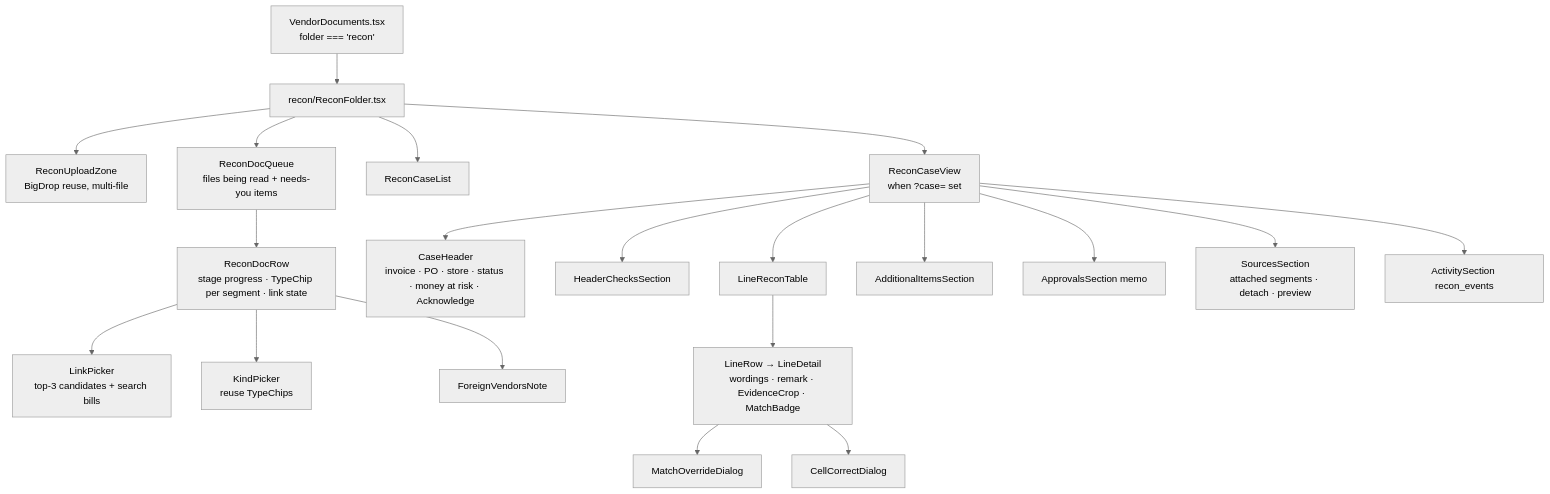
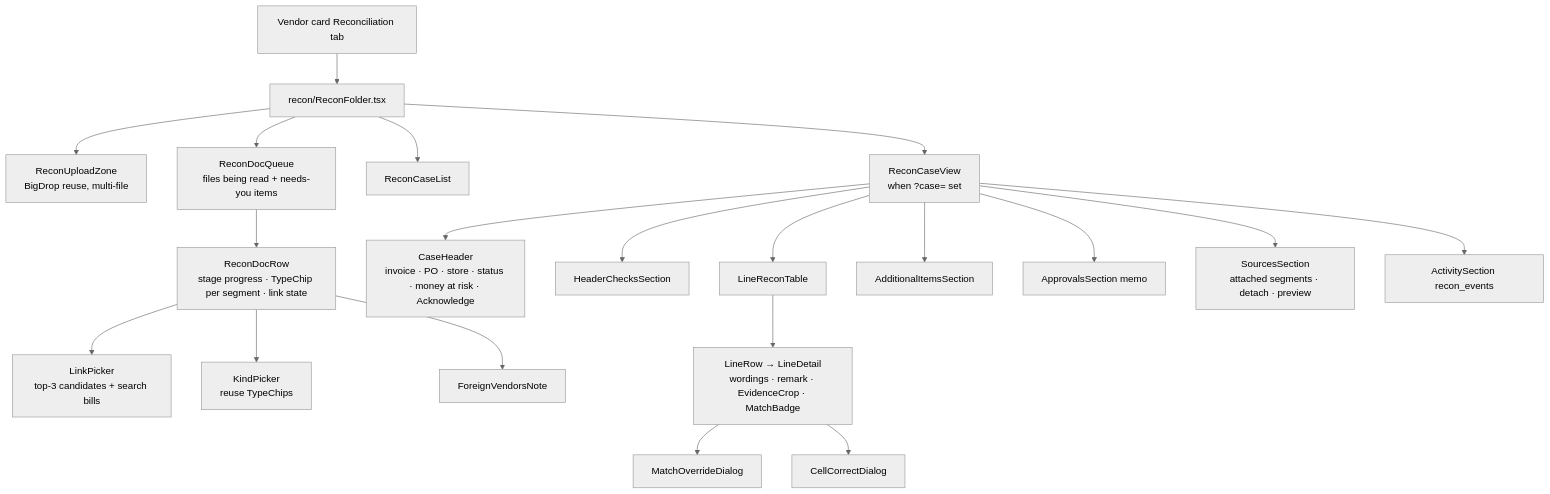
The diagram in docs/bata-recon/04_LLD_FRONTEND.md (r-rishit27/equal_hackathon), drawn with Mermaid (neutral theme) before and after one commit. The commit also changed other lines of this file and 44 other files, not shown here.

````diff
--- a/docs/bata-recon/04_LLD_FRONTEND.md
+++ b/docs/bata-recon/04_LLD_FRONTEND.md
@@ -23,22 +26,22 @@
 ```mermaid
 flowchart TD
-    VD[VendorDocuments.tsx<br/>folder === 'recon'] --> RF[recon/ReconFolder.tsx]
+    VD[Vendor card Reconciliation tab] --> RF[recon/ReconFolder.tsx]
     RF --> RU[ReconUploadZone<br/>BigDrop reuse, multi-file]
     RF --> RQ[ReconDocQueue<br/>files being read + needs-you items]
     RF --> RCL[ReconCaseList]
     RF --> RCV[ReconCaseView<br/>when ?case= set]
     RQ --> RDR[ReconDocRow<br/>stage progress · TypeChip per segment · link state]
     RDR --> LP[LinkPicker<br/>top-3 candidates + search bills]
     RDR --> KP[KindPicker<br/>reuse TypeChips]
     RDR --> FV[ForeignVendorsNote]
     RCV --> HDR[CaseHeader<br/>invoice · PO · store · status · money at risk · Acknowledge]
     RCV --> HC[HeaderChecksSection]
     RCV --> LT[LineReconTable]
     LT --> LR[LineRow → LineDetail<br/>wordings · remark · EvidenceCrop · MatchBadge]
     LR --> MO[MatchOverrideDialog]
     LR --> CC[CellCorrectDialog]
     RCV --> AD[AdditionalItemsSection]
     RCV --> AP[ApprovalsSection memo]
     RCV --> DS[SourcesSection<br/>attached segments · detach · preview]
     RCV --> EV[ActivitySection recon_events]
 ```
````
